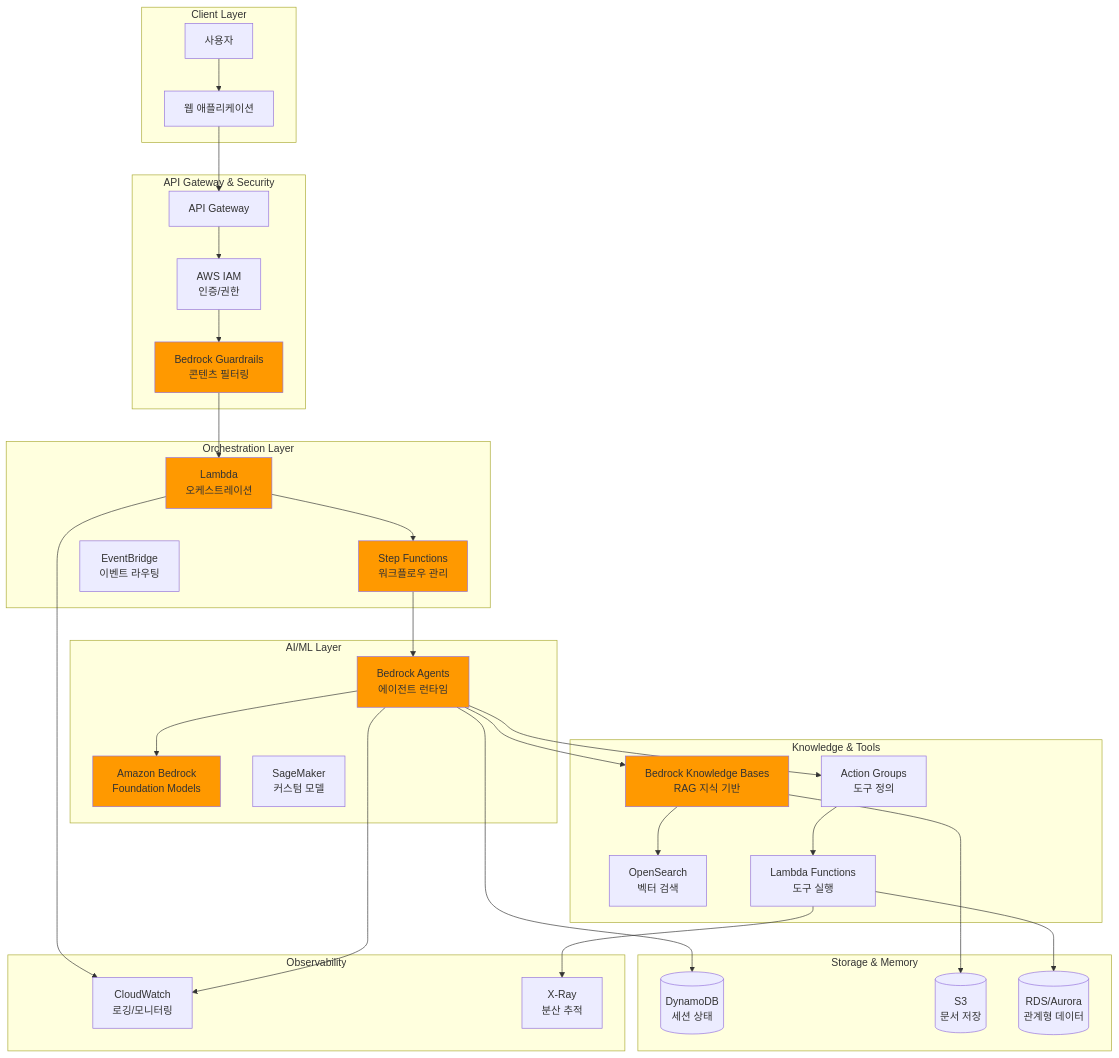
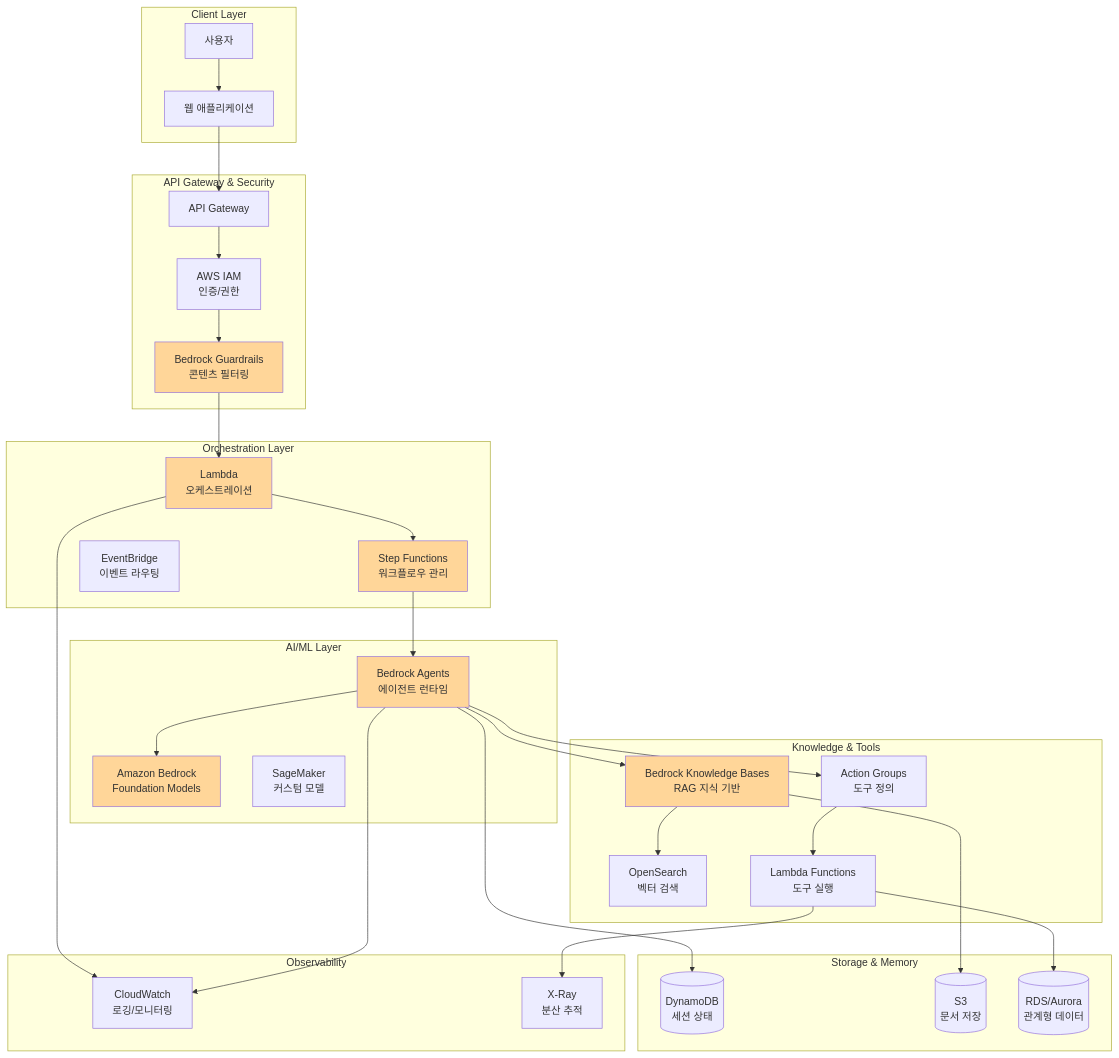
Before and after one commit to skax-hisover/AI-Agent-Architecture: the first of 3 diagrams in Agent_Architecture/AWS/AWS_AI_Agent_Architecture_Best_Practices.md, drawn with Mermaid. The commit also changed 2 other files, not shown here.

Commit message:
각 CSP별 AI Agent 아키텍처 구성도 업데이트

````diff
--- a/Agent_Architecture/AWS/AWS_AI_Agent_Architecture_Best_Practices.md
+++ b/Agent_Architecture/AWS/AWS_AI_Agent_Architecture_Best_Practices.md
@@ -304,69 +304,69 @@
 ```mermaid
 graph TB
     subgraph "Client Layer"
         User[사용자]
         WebApp[웹 애플리케이션]
     end
     
     subgraph "API Gateway & Security"
         APIGW[API Gateway]
         IAM[AWS IAM<br/>인증/권한]
         Guardrails[Bedrock Guardrails<br/>콘텐츠 필터링]
     end
     
     subgraph "Orchestration Layer"
         LambdaOrch[Lambda<br/>오케스트레이션]
         StepFunc[Step Functions<br/>워크플로우 관리]
         EventBridge[EventBridge<br/>이벤트 라우팅]
     end
     
     subgraph "AI/ML Layer"
         Bedrock[Amazon Bedrock<br/>Foundation Models]
         BedrockAgent[Bedrock Agents<br/>에이전트 런타임]
         SageMaker[SageMaker<br/>커스텀 모델]
     end
     
     subgraph "Knowledge & Tools"
         KB[Bedrock Knowledge Bases<br/>RAG 지식 기반]
         OpenSearch[OpenSearch<br/>벡터 검색]
         ActionGroup[Action Groups<br/>도구 정의]
         LambdaTools[Lambda Functions<br/>도구 실행]
     end
     
     subgraph "Storage & Memory"
         DynamoDB[(DynamoDB<br/>세션 상태)]
         S3[(S3<br/>문서 저장)]
         RDS[(RDS/Aurora<br/>관계형 데이터)]
     end
     
     subgraph "Observability"
         CloudWatch[CloudWatch<br/>로깅/모니터링]
         XRay[X-Ray<br/>분산 추적]
     end
     
     User --> WebApp
     WebApp --> APIGW
     APIGW --> IAM
     IAM --> Guardrails
     Guardrails --> LambdaOrch
     LambdaOrch --> StepFunc
     StepFunc --> BedrockAgent
     BedrockAgent --> Bedrock
     BedrockAgent --> KB
     BedrockAgent --> ActionGroup
     KB --> OpenSearch
     KB --> S3
     ActionGroup --> LambdaTools
     BedrockAgent --> DynamoDB
     LambdaTools --> RDS
     LambdaOrch --> CloudWatch
     BedrockAgent --> CloudWatch
     LambdaTools --> XRay
     
-    style Bedrock fill:#FF9900
-    style BedrockAgent fill:#FF9900
-    style KB fill:#FF9900
-    style Guardrails fill:#FF9900
-    style LambdaOrch fill:#FF9900
-    style StepFunc fill:#FF9900
+    style Bedrock fill:#FFD699
+    style BedrockAgent fill:#FFD699
+    style KB fill:#FFD699
+    style Guardrails fill:#FFD699
+    style LambdaOrch fill:#FFD699
+    style StepFunc fill:#FFD699
 ```
````
